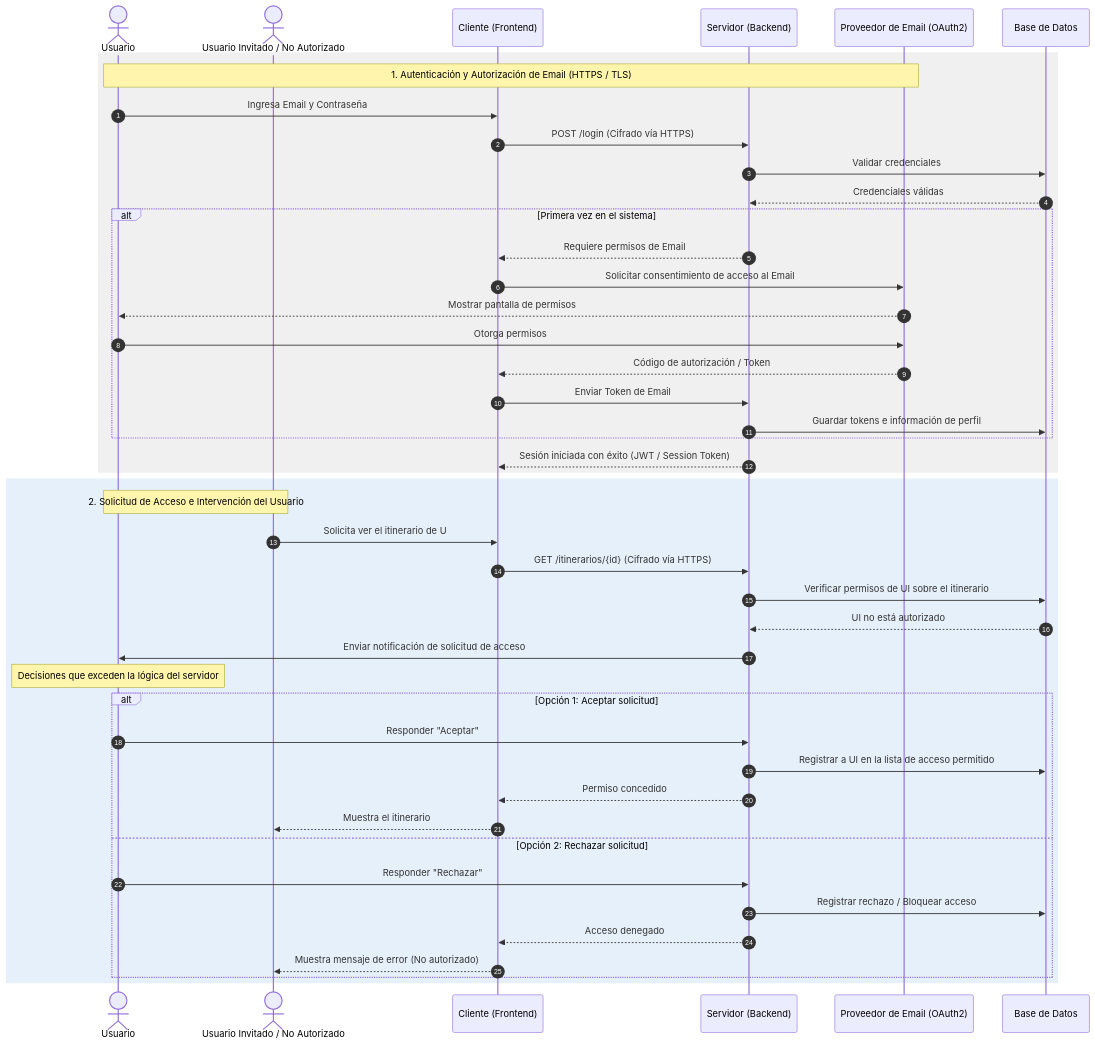
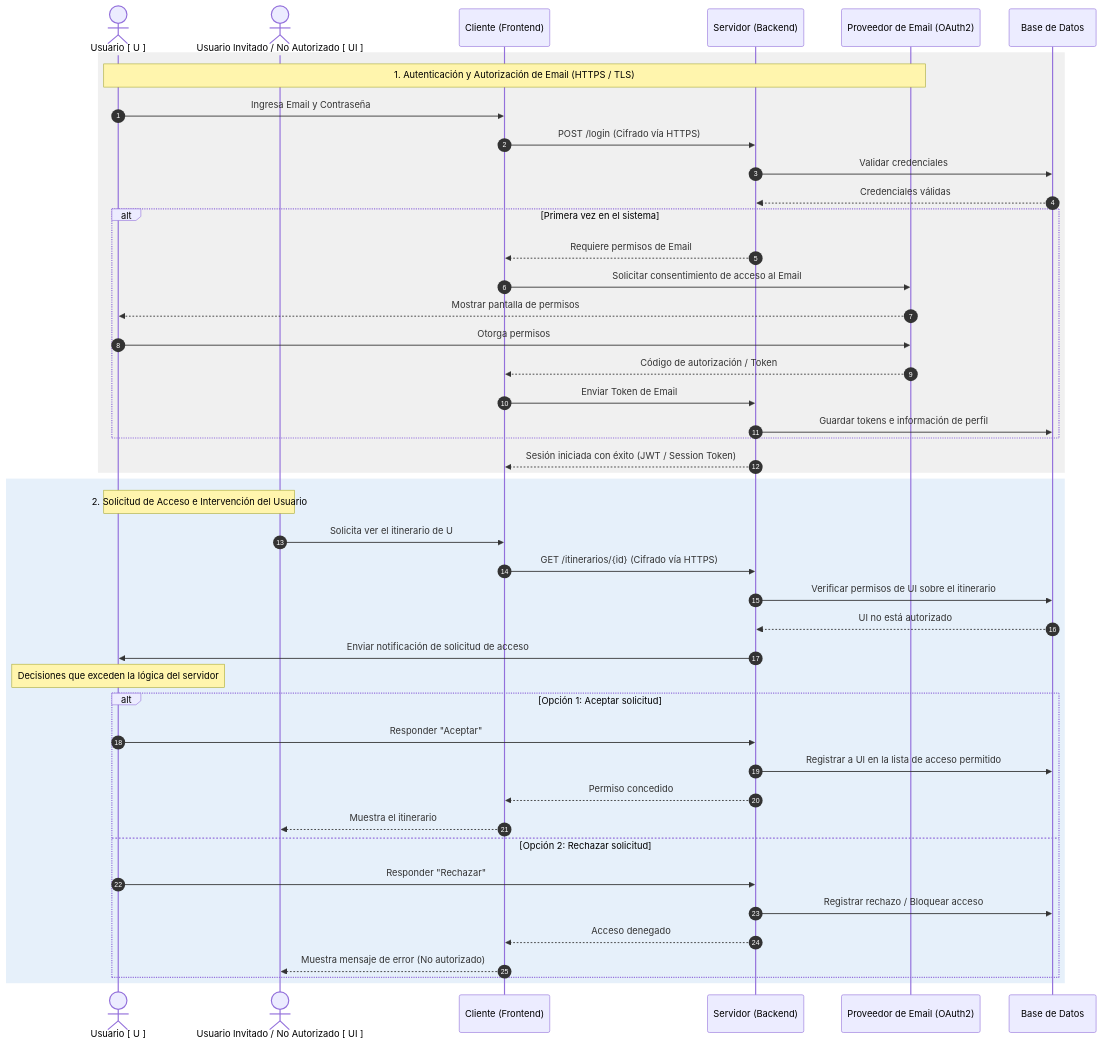
The diagram in docs/02-add/iteracion-4.md (RubeKN/trotamundos), drawn with Mermaid before and after one commit. The commit also changed other lines of this file, not shown here.

````diff
--- a/docs/02-add/iteracion-4.md
+++ b/docs/02-add/iteracion-4.md
@@ -43,54 +45,54 @@
 ```mermaid
     sequenceDiagram
     autonumber
-    actor U as Usuario
-    actor UI as Usuario Invitado / No Autorizado
+    actor U as Usuario [ U ]
+    actor UI as Usuario Invitado / No Autorizado [ UI ]
     participant C as Cliente (Frontend)
     participant S as Servidor (Backend)
     participant OAuth as Proveedor de Email (OAuth2)
     participant BD as Base de Datos
 
     %% 1. Autenticación y Consentimiento inicial
     rect rgb(240, 240, 240)
     note over U, OAuth: 1. Autenticación y Autorización de Email (HTTPS / TLS)
     U->>C: Ingresa Email y Contraseña
     C->>S: POST /login (Cifrado vía HTTPS)
     S->>BD: Validar credenciales
     BD-->>S: Credenciales válidas
     
     alt Primera vez en el sistema
         S-->>C: Requiere permisos de Email
         C->>OAuth: Solicitar consentimiento de acceso al Email
         OAuth-->>U: Mostrar pantalla de permisos
         U->>OAuth: Otorga permisos
         OAuth-->>C: Código de autorización / Token
         C->>S: Enviar Token de Email
         S->>BD: Guardar tokens e información de perfil
     end
     S-->>C: Sesión iniciada con éxito (JWT / Session Token)
     end
 
     %% 2. Intento de acceso a itinerario no autorizado y Notificación
     rect rgb(230, 240, 250)
     note over UI, U: 2. Solicitud de Acceso e Intervención del Usuario
     UI->>C: Solicita ver el itinerario de U
     C->>S: GET /itinerarios/{id} (Cifrado vía HTTPS)
     S->>BD: Verificar permisos de UI sobre el itinerario
     BD-->>S: UI no está autorizado
 
     S->>U: Enviar notificación de solicitud de acceso
     note over U: Decisiones que exceden la lógica del servidor
 
     alt Opción 1: Aceptar solicitud
         U->>S: Responder "Aceptar"
         S->>BD: Registrar a UI en la lista de acceso permitido
         S-->>C: Permiso concedido
         C-->>UI: Muestra el itinerario
     else Opción 2: Rechazar solicitud
         U->>S: Responder "Rechazar"
         S->>BD: Registrar rechazo / Bloquear acceso
         S-->>C: Acceso denegado
         C-->>UI: Muestra mensaje de error (No autorizado)
     end
     end
 ```
````
